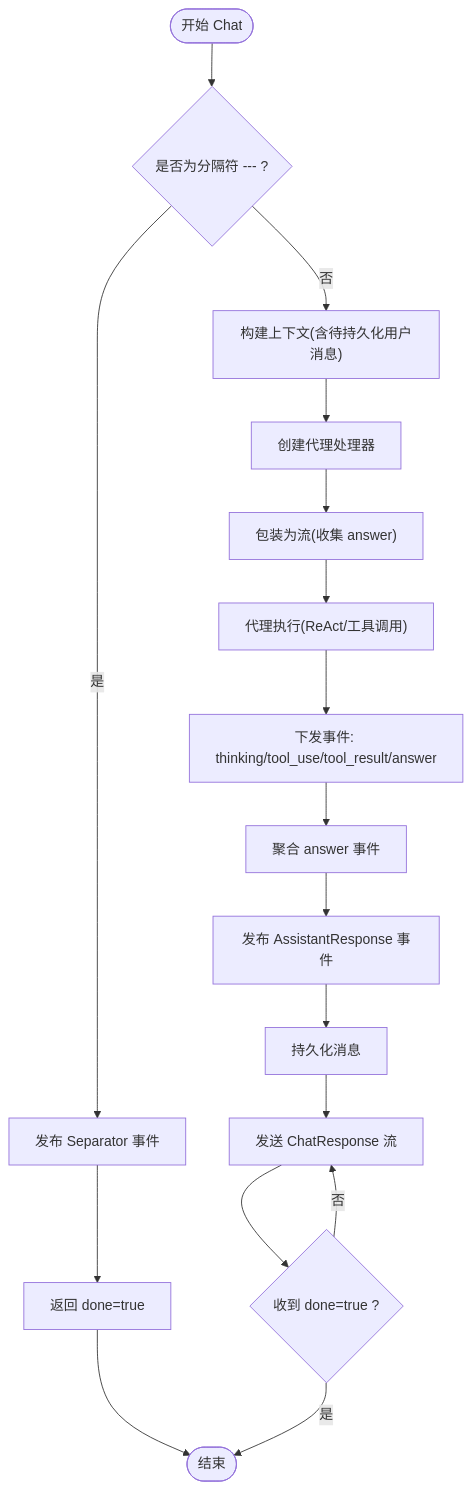
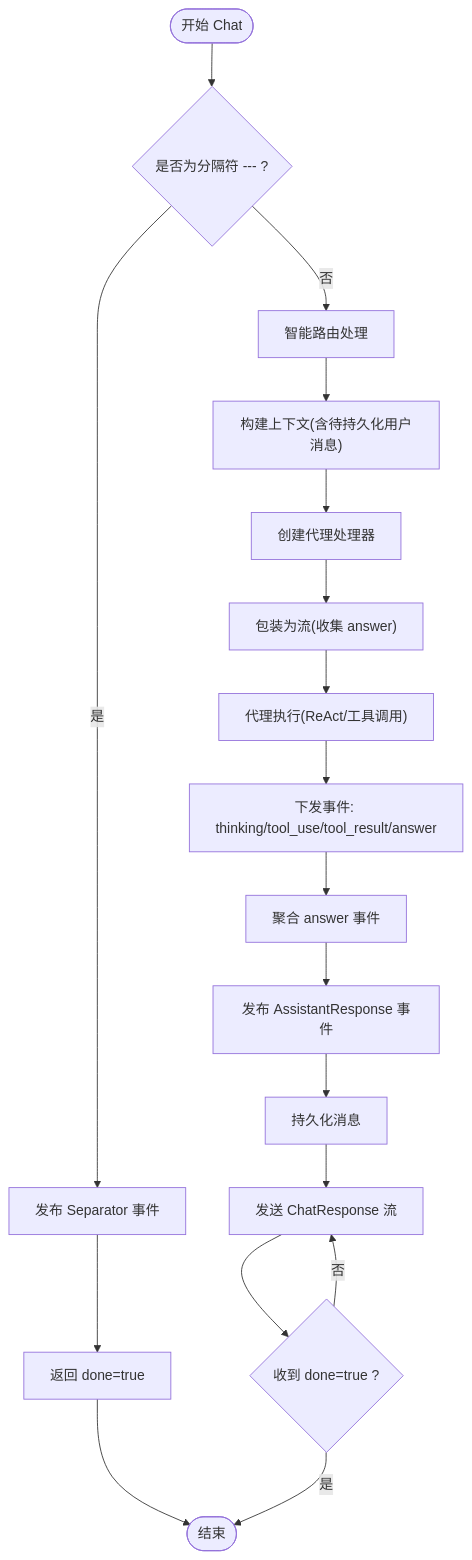
Before and after one commit to hrygo/memos: the fourth of 5 diagrams in .qoder/repowiki/zh/content/API 接口文档/服务接口规范/AI 服务 API/聊天对话 API.md, drawn with Mermaid. The commit also changed other lines of this file and 29 other files, not shown here.

````diff
--- a/.qoder/repowiki/zh/content/API 接口文档/服务接口规范/AI 服务 API/聊天对话 API.md
+++ b/.qoder/repowiki/zh/content/API 接口文档/服务接口规范/AI 服务 API/聊天对话 API.md
@@ -179,17 +255,18 @@
 ```mermaid
 flowchart TD
 Start(["开始 Chat"]) --> CheckSep{"是否为分隔符 --- ?"}
 CheckSep --> |是| EmitSep["发布 Separator 事件"] --> DoneSep["返回 done=true"] --> End(["结束"])
-CheckSep --> |否| BuildCtx["构建上下文(含待持久化用户消息)"]
+CheckSep --> |否| AutoRoute["智能路由处理"]
+AutoRoute --> BuildCtx["构建上下文(含待持久化用户消息)"]
 BuildCtx --> CreateHandler["创建代理处理器"]
 CreateHandler --> StreamWrap["包装为流(收集 answer)"]
 StreamWrap --> Exec["代理执行(ReAct/工具调用)"]
 Exec --> Events["下发事件: thinking/tool_use/tool_result/answer"]
 Events --> Collect["聚合 answer 事件"]
 Collect --> Publish["发布 AssistantResponse 事件"]
 Publish --> Persist["持久化消息"]
 Persist --> SendResp["发送 ChatResponse 流"]
 SendResp --> Done{"收到 done=true ?"}
 Done --> |否| SendResp
 Done --> |是| End
 ```
````
